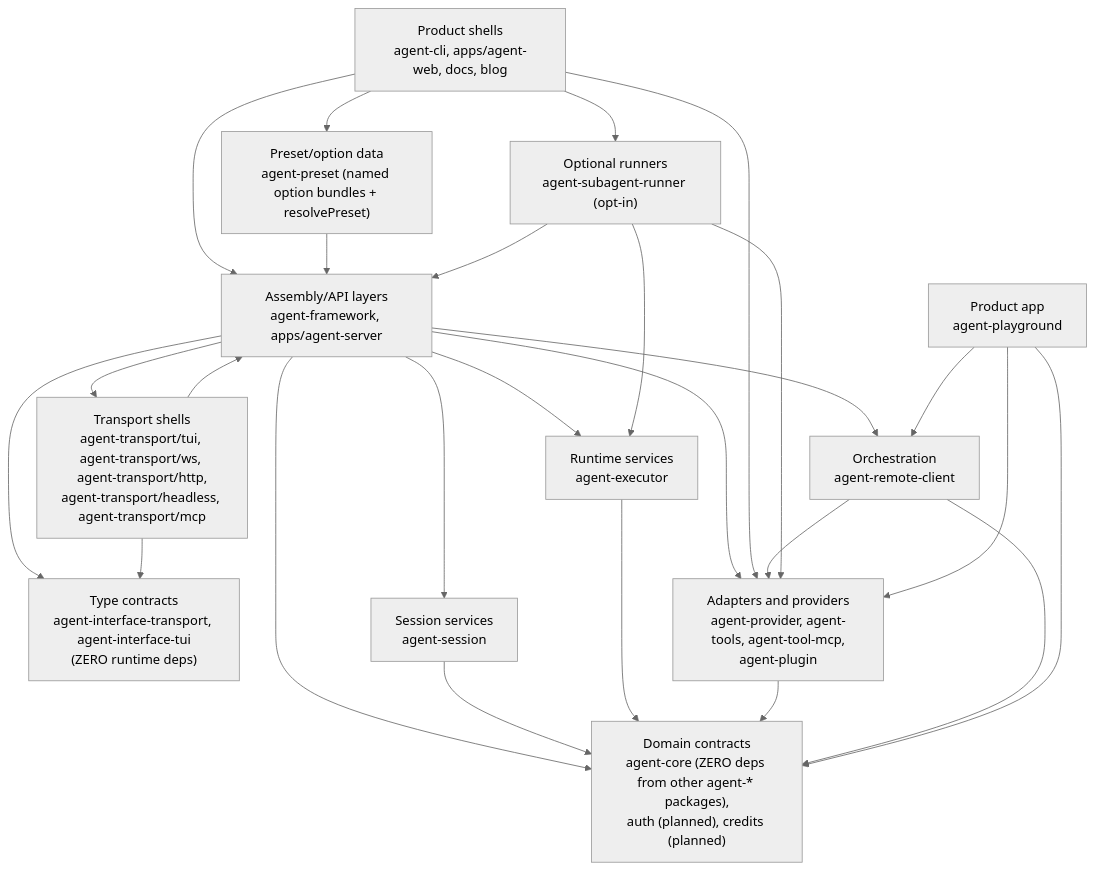
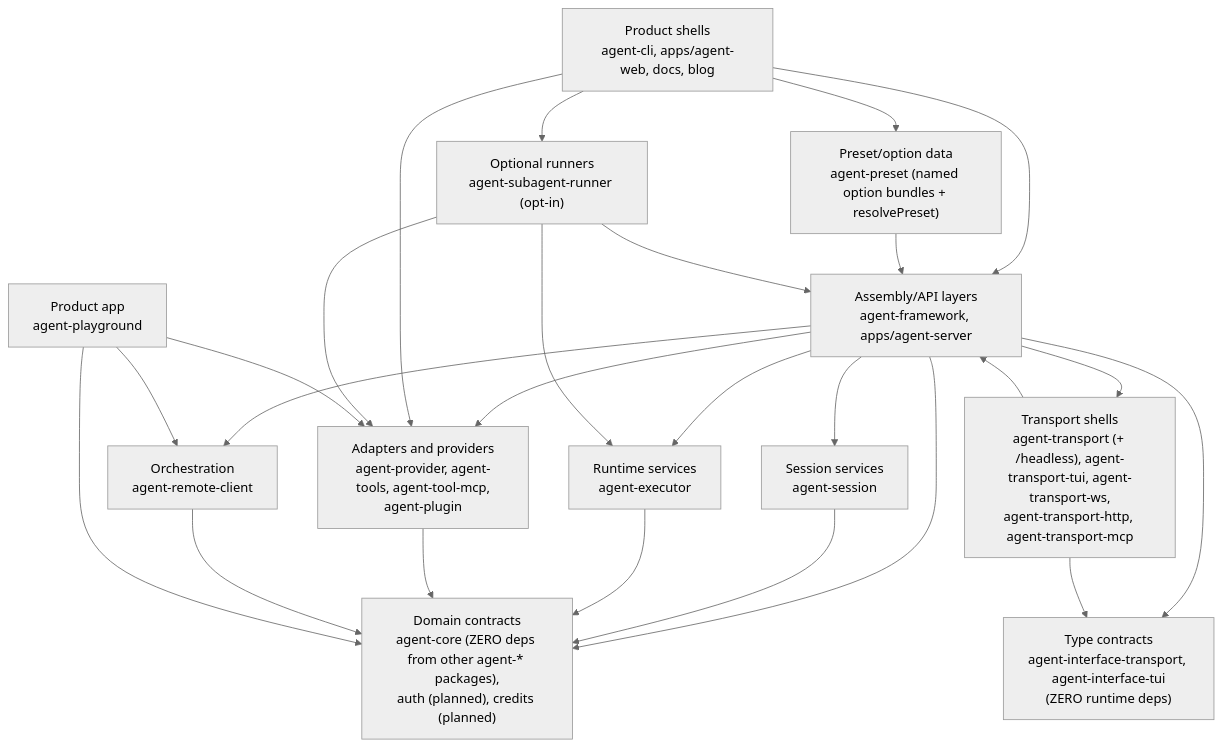
Before and after one commit to woojubb/robota: the diagram in .agents/specs/architecture-map/dependency-direction.md, drawn with Mermaid (neutral theme). The commit also changed 24 other files, not shown here.

First line of the commit message:
docs(audit): apply DOCAUDIT-001..004 — reconcile architecture docs with code

````diff
--- a/.agents/specs/architecture-map/dependency-direction.md
+++ b/.agents/specs/architecture-map/dependency-direction.md
@@ -9,41 +9,40 @@
 ```mermaid
 flowchart TD
   ProductShells["Product shells\nagent-cli, apps/agent-web, docs, blog"]
   Playground["Product app\nagent-playground"]
   Assembly["Assembly/API layers\nagent-framework, apps/agent-server"]
   Preset["Preset/option data\nagent-preset (named option bundles + resolvePreset)"]
-  TransportShells["Transport shells\nagent-transport/tui, agent-transport/ws, agent-transport/http,\nagent-transport/headless, agent-transport/mcp"]
+  TransportShells["Transport shells\nagent-transport (+ /headless), agent-transport-tui, agent-transport-ws,\nagent-transport-http, agent-transport-mcp"]
   TypeContracts["Type contracts\nagent-interface-transport, agent-interface-tui\n(ZERO runtime deps)"]
   Orchestration["Orchestration\nagent-remote-client"]
   Sessions["Session services\nagent-session"]
   Executor["Runtime services\nagent-executor"]
   Domain["Domain contracts\nagent-core (ZERO deps from other agent-* packages),\nauth (planned), credits (planned)"]
   Adapters["Adapters and providers\nagent-provider, agent-tools, agent-tool-mcp,\nagent-plugin"]
   OptIn["Optional runners\nagent-subagent-runner (opt-in)"]
 
   ProductShells --> Assembly
   Preset --> Assembly
   ProductShells --> Preset
   Assembly --> Sessions
   Assembly --> Executor
   Assembly --> Domain
   Assembly --> TypeContracts
   Sessions --> Domain
   Executor --> Domain
   Assembly --> Adapters
   ProductShells --> Adapters
   ProductShells --> OptIn
   Adapters --> Domain
   TransportShells --> Assembly
   TransportShells --> TypeContracts
   Assembly --> TransportShells
   Orchestration --> Domain
-  Orchestration --> Adapters
   Assembly --> Orchestration
   OptIn --> Assembly
   OptIn --> Executor
   OptIn --> Adapters
   Playground --> Domain
   Playground --> Adapters
   Playground --> Orchestration
 ```
````
